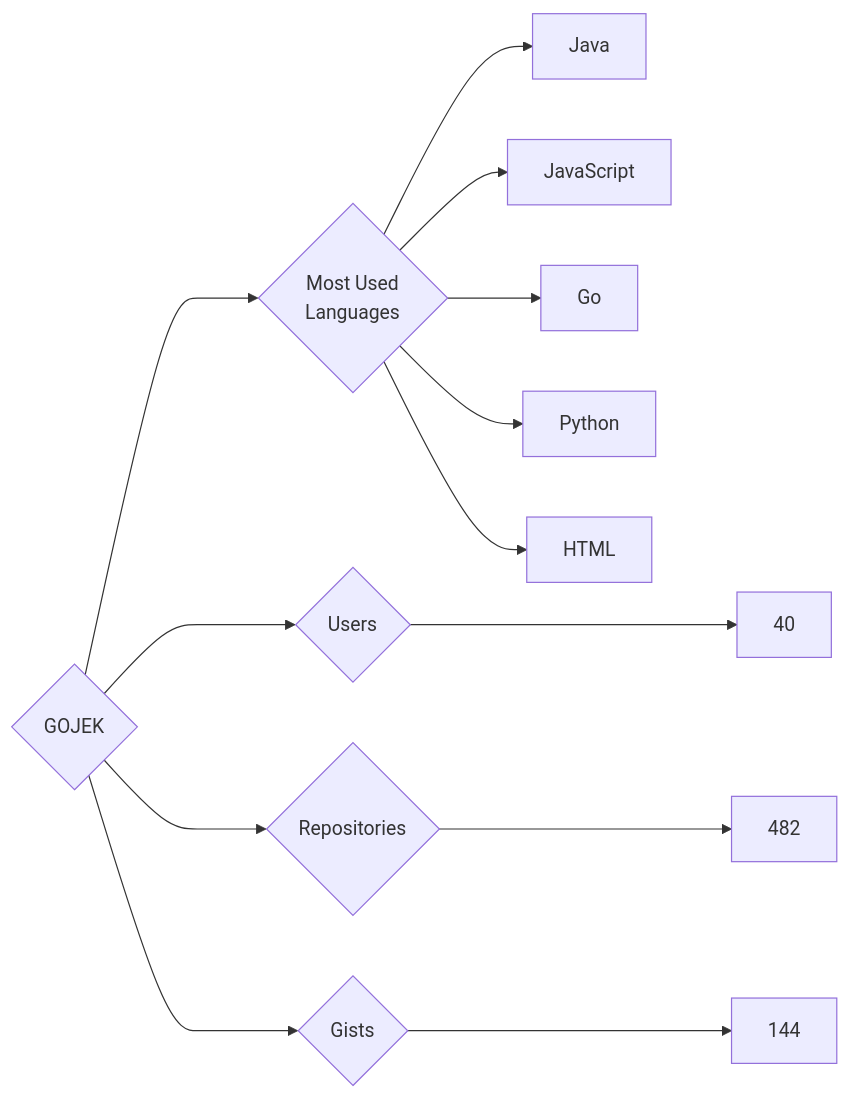
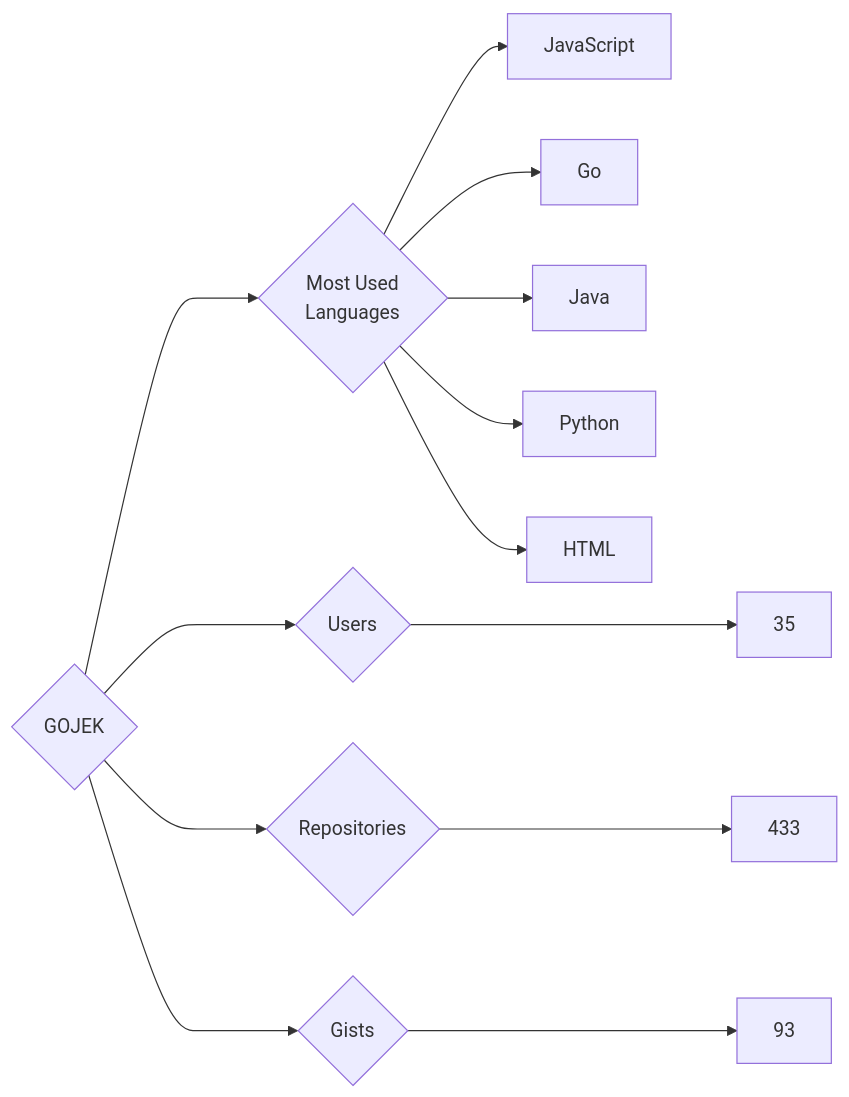
One commit to trickest/insiders changed the diagram in targets/GOJEK/README.md. Above: the diagram before and after it, drawn with Mermaid. The commit also changed 914 other files, not shown here.

````diff
--- a/targets/GOJEK/README.md
+++ b/targets/GOJEK/README.md
@@ -3,13 +3,13 @@
 ```mermaid
 graph LR
 COMPANY_NAME{GOJEK}
-COMPANY_NAME ---> U{Users} ---> UN[40]
-COMPANY_NAME ---> R{Repositories} ---> RN[482]
-COMPANY_NAME ---> G{Gists} ---> GN[144]
+COMPANY_NAME ---> U{Users} ---> UN[35]
+COMPANY_NAME ---> R{Repositories} ---> RN[433]
+COMPANY_NAME ---> G{Gists} ---> GN[93]
 COMPANY_NAME ---> ML{Most Used<br>Languages}
-ML --> Java[Java]
 ML --> JavaScript[JavaScript]
 ML --> Go[Go]
+ML --> Java[Java]
 ML --> Python[Python]
 ML --> HTML[HTML]
 ```
````
